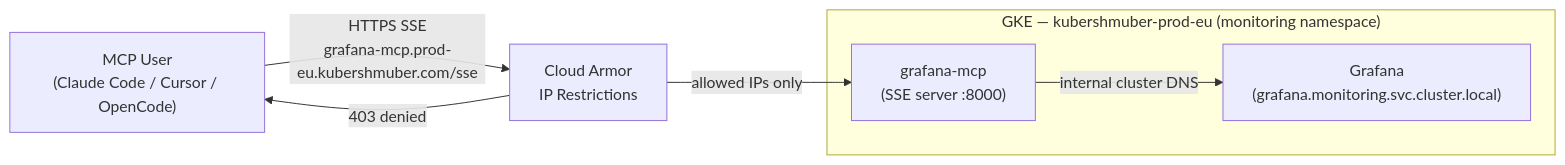
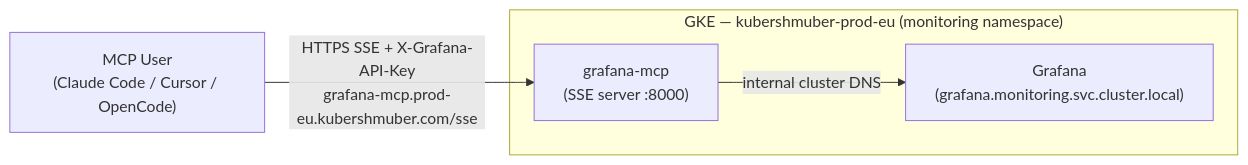
The diagram in README.md (bitgaming/grafana-mcp), drawn with Mermaid before and after one commit. The commit also changed other lines of this file and 1 other file, not shown here.

First line of the commit message:
feat: remove Cloud Armor IP restrictions, open to internet

````diff
--- a/README.md
+++ b/README.md
@@ -15,16 +15,12 @@
 ```mermaid
 graph LR
     User["MCP User\n(Claude Code / Cursor / OpenCode)"]
 
     subgraph GKE ["GKE — kubershmuber-prod-eu (monitoring namespace)"]
         MCP["grafana-mcp\n(SSE server :8000)"]
         Grafana["Grafana\n(grafana.monitoring.svc.cluster.local)"]
     end
 
-    CA["Cloud Armor\nIP Restrictions"]
-
-    User -->|"HTTPS SSE\ngrafana-mcp.prod-eu.kubershmuber.com/sse"| CA
-    CA -->|"allowed IPs only"| MCP
-    CA -->|"403 denied"| User
+    User -->|"HTTPS SSE + X-Grafana-API-Key\ngrafana-mcp.prod-eu.kubershmuber.com/sse"| MCP
     MCP -->|"internal cluster DNS"| Grafana
 ```
````
